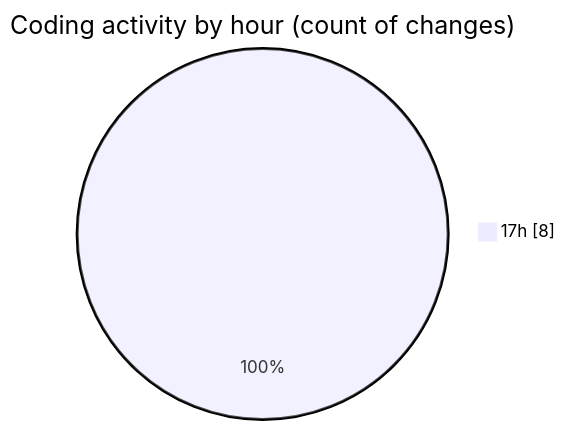
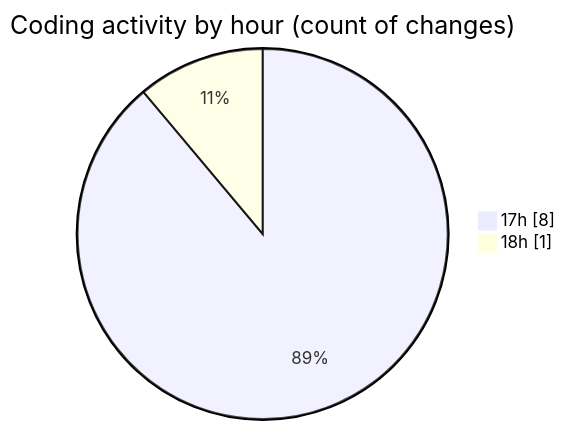
The second of 2 diagrams in 2025-02-20/coding_prac_6/README.md (NitaiMahat/code-tracking), drawn with Mermaid before and after one commit. The commit also changed other lines of this file and 1 other file, not shown here.

````diff
--- a/2025-02-20/coding_prac_6/README.md
+++ b/2025-02-20/coding_prac_6/README.md
@@ -29,5 +30,6 @@
 ```mermaid
 pie showData
 title Coding activity by hour (count of changes)
 "17h" : 8
+"18h" : 1
 ```
````
